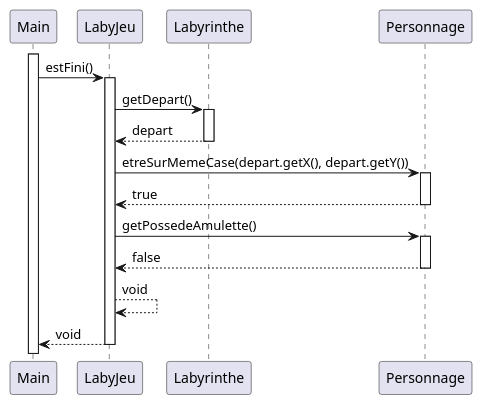
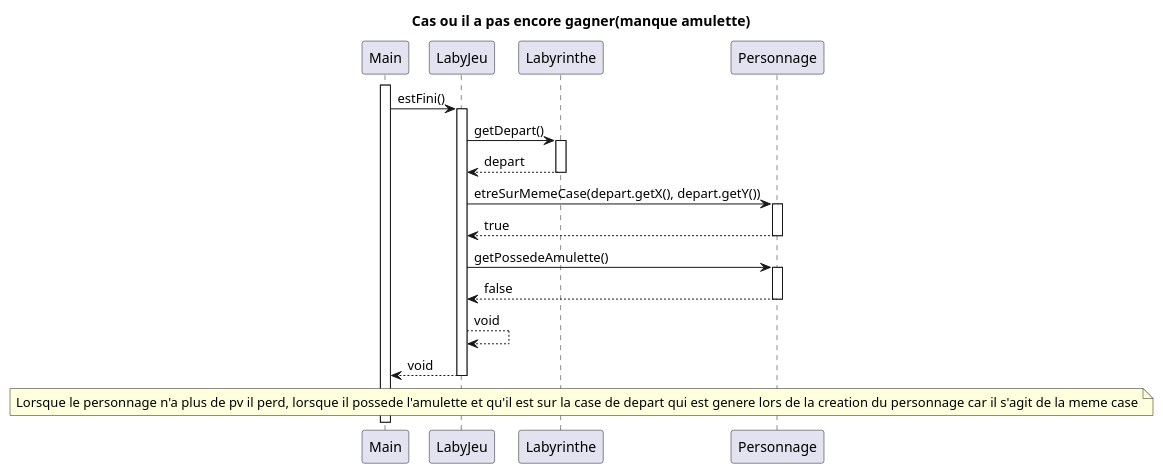
Before and after one commit to LukaSalvo/SAE2024: the diagram in zeldiablo/documents/version_5/diagseq_victoireJoueurFalse.puml, drawn with PlantUML. The commit also changed 5 other files, not shown here.

```diff
--- a/zeldiablo/documents/version_5/diagseq_victoireJoueurFalse.puml
+++ b/zeldiablo/documents/version_5/diagseq_victoireJoueurFalse.puml
@@ -1,28 +1,31 @@
 @startuml
 Participant Main
+title : Cas ou il a pas encore gagner(manque amulette)
 participant LabyJeu
 participant Labyrinthe
 participant Personnage
 activate Main
 
 Main -> LabyJeu : estFini()
 activate LabyJeu
 LabyJeu -> Labyrinthe : getDepart()
 activate Labyrinthe
 Labyrinthe --> LabyJeu : depart
 deactivate Labyrinthe
 
 LabyJeu -> Personnage : etreSurMemeCase(depart.getX(), depart.getY())
 activate Personnage
 Personnage --> LabyJeu : true
 deactivate Personnage
 LabyJeu -> Personnage : getPossedeAmulette()
 activate Personnage
 Personnage --> LabyJeu : false
 deactivate Personnage
 LabyJeu --> LabyJeu : void
 
 LabyJeu --> Main : void
 deactivate LabyJeu
-
+note across
+Lorsque le personnage n'a plus de pv il perd, lorsque il possede l'amulette et qu'il est sur la case de depart qui est genere lors de la creation du personnage car il s'agit de la meme case
+end note
 @enduml
```
